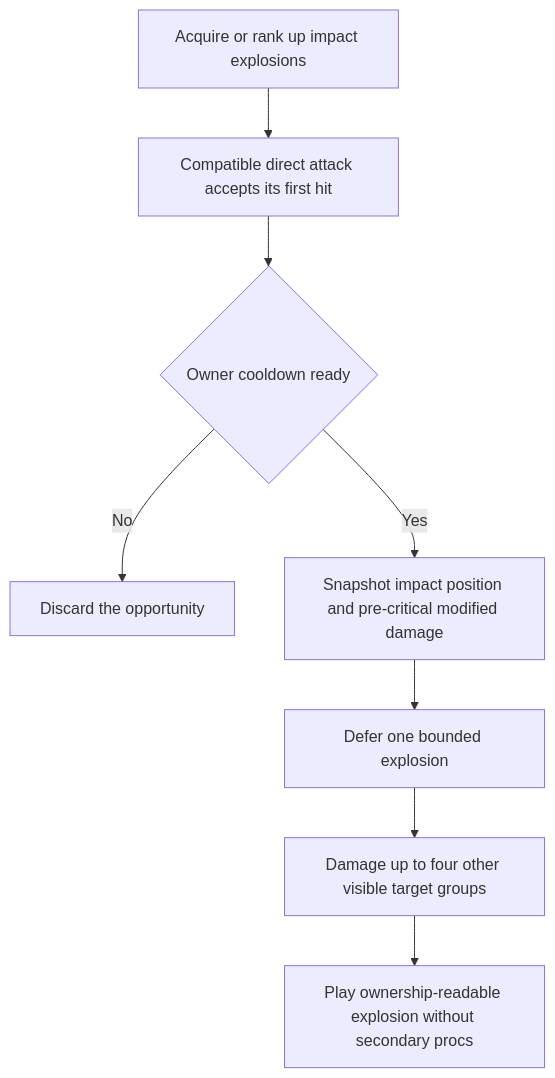
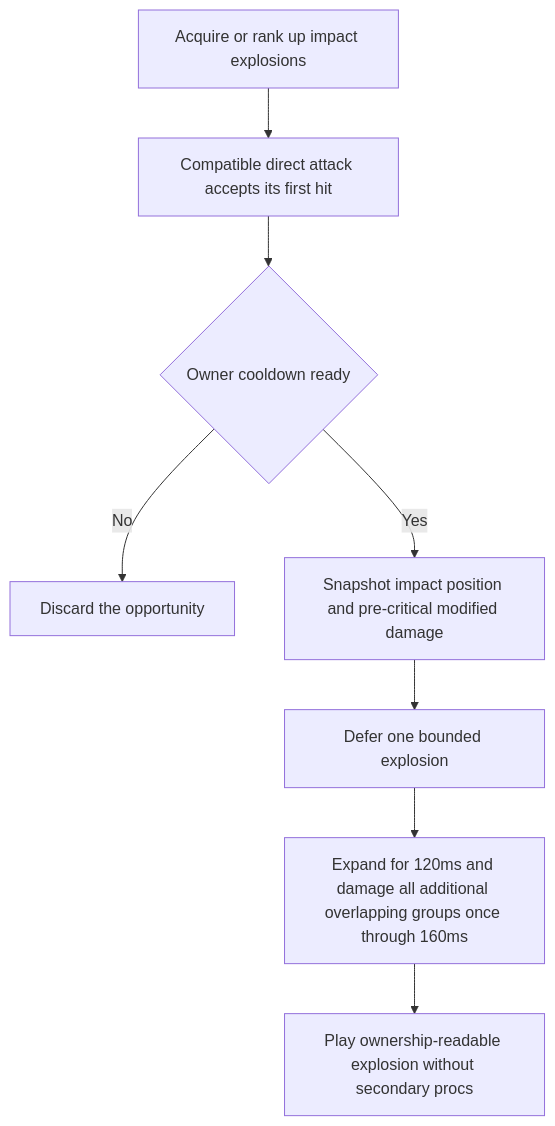
Before and after one commit to Olivier-Malige/Lost-Warden: the first of 2 diagrams in aidd_docs/tasks/2026_10/2026_10_19_phase_3_survival_builds/phase-11.md, drawn with Mermaid. The commit also changed other lines of this file and 88 other files, not shown here.

````diff
--- a/aidd_docs/tasks/2026_10/2026_10_19_phase_3_survival_builds/phase-11.md
+++ b/aidd_docs/tasks/2026_10/2026_10_19_phase_3_survival_builds/phase-11.md
@@ -29,10 +29,10 @@
 ```mermaid
 flowchart TD
   A[Acquire or rank up impact explosions] --> B[Compatible direct attack accepts its first hit]
   B --> C{Owner cooldown ready}
   C -->|No| D[Discard the opportunity]
   C -->|Yes| E[Snapshot impact position and pre-critical modified damage]
   E --> F[Defer one bounded explosion]
-  F --> G[Damage up to four other visible target groups]
+  F --> G[Expand for 120ms and damage all additional overlapping groups once through 160ms]
   G --> H[Play ownership-readable explosion without secondary procs]
 ```
````
